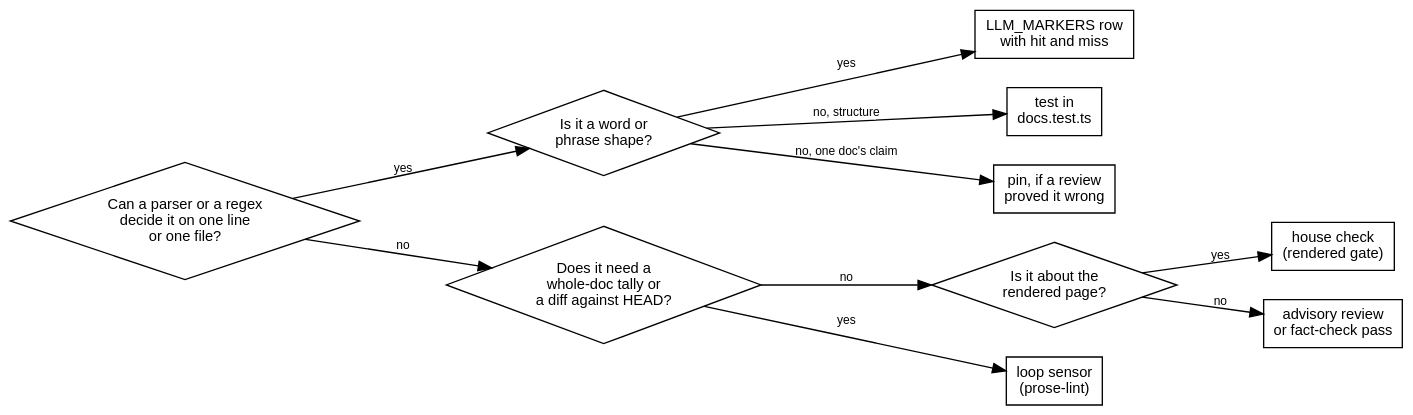
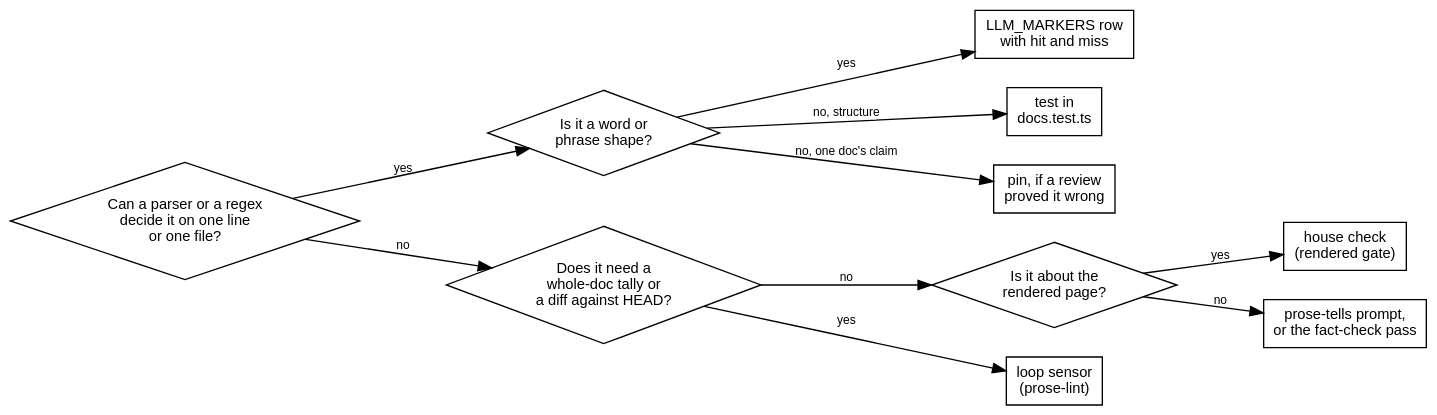
Before and after one commit to erfianugrah/lexicanum: the second of 2 diagrams in src/content/docs/reference/how-this-site-is-written.mdx, drawn with Graphviz. The commit also changed other lines of this file and 12 other files, not shown here.

First line of the commit message:
ci: prose-tells gate - a model reviews touched paragraphs, any flag blocks the deploy (lexicanum#109)

````diff
--- a/src/content/docs/reference/how-this-site-is-written.mdx
+++ b/src/content/docs/reference/how-this-site-is-written.mdx
@@ -202,29 +208,29 @@
 ```dot
 digraph {
   rankdir=LR; bgcolor="transparent"; nodesep=0.3; ranksep=0.7;
   fontname="Helvetica,Arial,sans-serif";
   node [fontname="Helvetica,Arial,sans-serif", fontsize=11, shape=box];
   edge [fontname="Helvetica,Arial,sans-serif", fontsize=9];
 
   q1 [label="Can a parser or a regex\ndecide it on one line\nor one file?", shape=diamond];
   q2 [label="Is it a word or\nphrase shape?", shape=diamond];
   q3 [label="Does it need a\nwhole-doc tally or\na diff against HEAD?", shape=diamond];
   q4 [label="Is it about the\nrendered page?", shape=diamond];
   marker [label="LLM_MARKERS row\nwith hit and miss"];
   test [label="test in\ndocs.test.ts"];
   pin [label="pin, if a review\nproved it wrong"];
   sensor [label="loop sensor\n(prose-lint)"];
   house [label="house check\n(rendered gate)"];
-  human [label="advisory review\nor fact-check pass"];
+  human [label="prose-tells prompt,\nor the fact-check pass"];
 
   q1 -> q2 [label="yes"];
   q2 -> marker [label="yes"];
   q2 -> test [label="no, structure"];
   q2 -> pin [label="no, one doc's claim"];
   q1 -> q3 [label="no"];
   q3 -> sensor [label="yes"];
   q3 -> q4 [label="no"];
   q4 -> house [label="yes"];
   q4 -> human [label="no"];
 }
 ```
````
